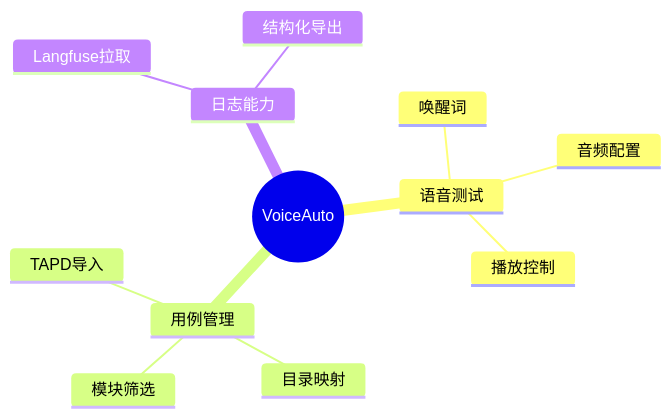
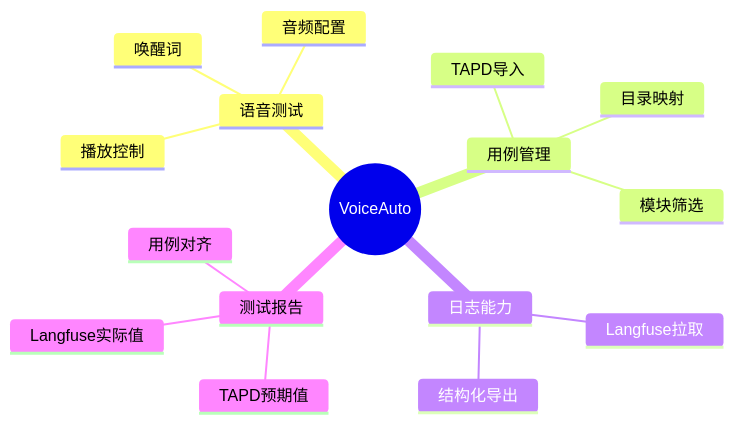
One commit to lilyluvchina-Work/VoiceAuto changed the diagram in .claude/PROJECT_MEMORY.md. Above: the diagram before and after it, drawn with Mermaid. The commit also changed other lines of this file and 15 other files, not shown here.

````diff
--- a/.claude/PROJECT_MEMORY.md
+++ b/.claude/PROJECT_MEMORY.md
@@ -15,15 +15,19 @@
 ```mermaid
 mindmap
    root((VoiceAuto))
       语音测试
          唤醒词
          音频配置
          播放控制
       用例管理
          TAPD导入
          目录映射
          模块筛选
       日志能力
          Langfuse拉取
          结构化导出
+      测试报告
+         TAPD预期值
+         Langfuse实际值
+         用例对齐
 ```
````
